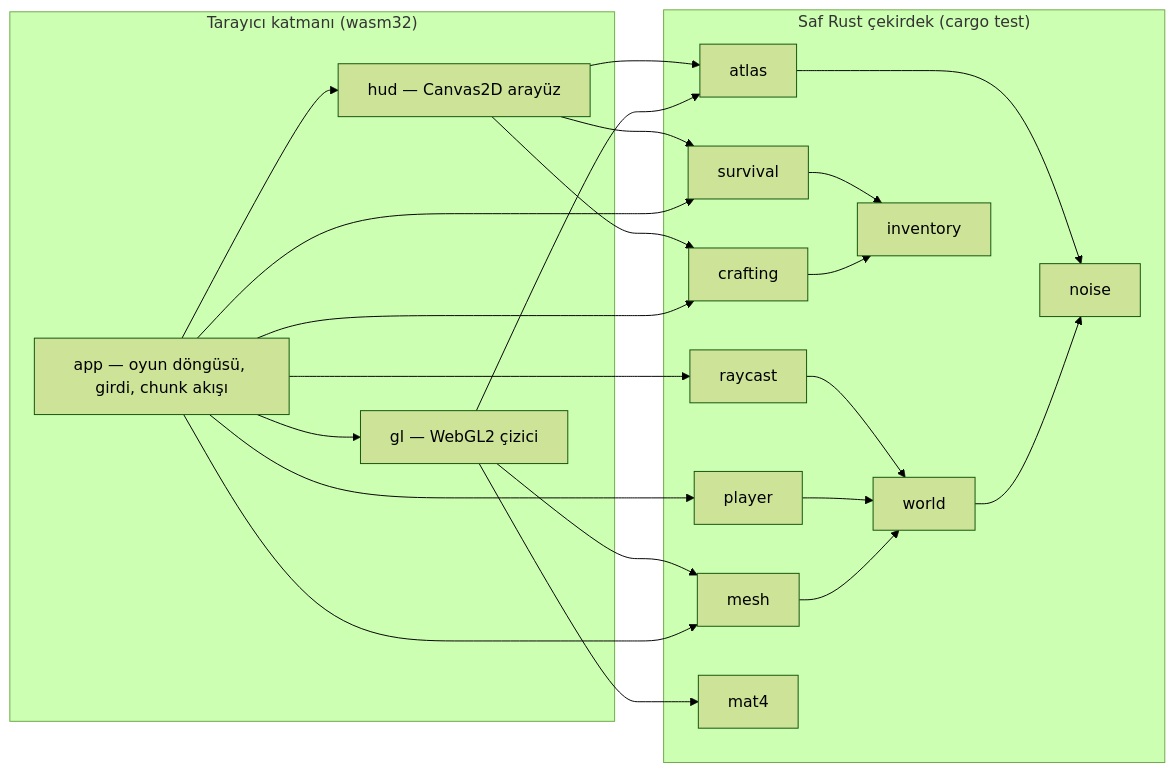
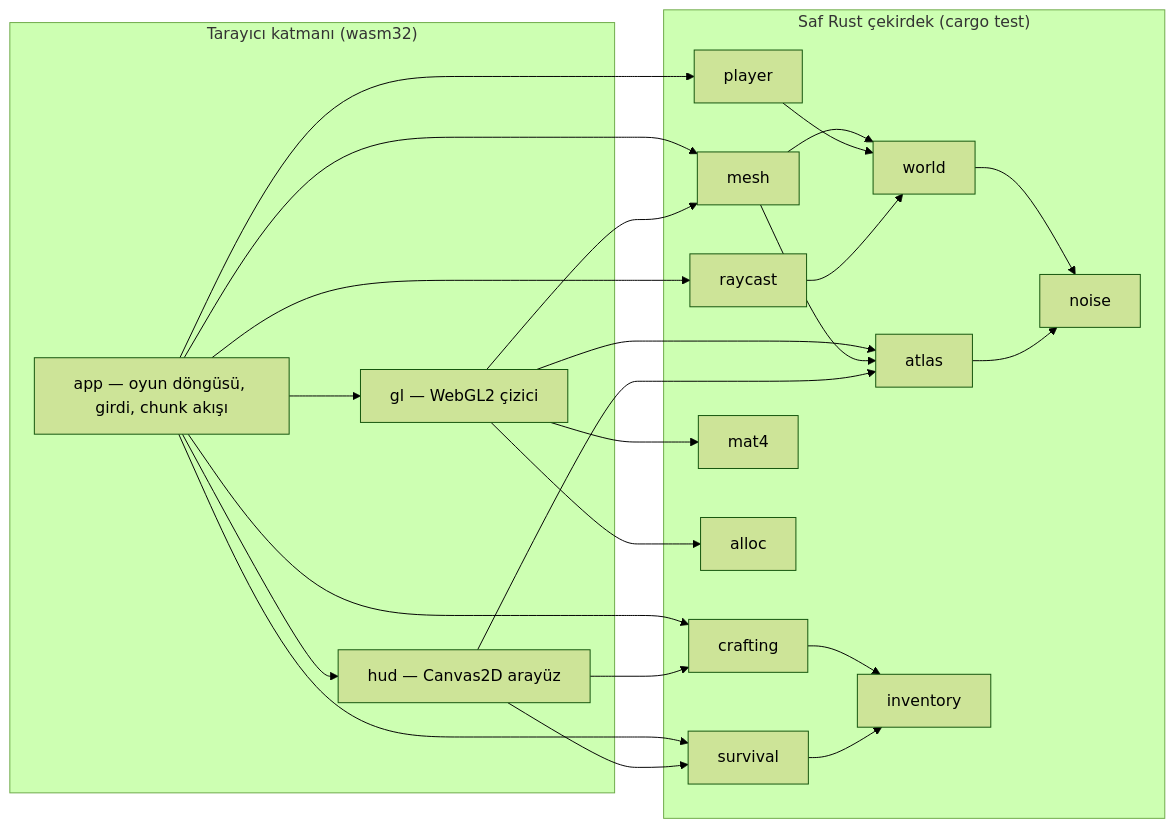
One commit to TAHAFURKANTOSUN/fictional-palm-tree changed the diagram in README.md. Above: the diagram before and after it, drawn with Mermaid (forest theme). The commit also changed other lines of this file and 8 other files, not shown here.

````diff
--- a/README.md
+++ b/README.md
@@ -166,40 +168,43 @@
 ```mermaid
 flowchart LR
     subgraph Tarayici["Tarayıcı katmanı (wasm32)"]
         app["app — oyun döngüsü, girdi, chunk akışı"]
         gl["gl — WebGL2 çizici"]
         hud["hud — Canvas2D arayüz"]
     end
     subgraph Cekirdek["Saf Rust çekirdek (cargo test)"]
         world["world"]
         noise["noise"]
         mesh["mesh"]
         atlas["atlas"]
         player["player"]
         raycast["raycast"]
         survival["survival"]
         inventory["inventory"]
         crafting["crafting"]
         mat4["mat4"]
+        alloc["alloc"]
     end
     app --> gl
     app --> hud
     app --> mesh
     app --> player
     app --> raycast
     app --> survival
     app --> crafting
     gl --> mesh
     gl --> atlas
     gl --> mat4
+    gl --> alloc
+    mesh --> atlas
     hud --> atlas
     hud --> crafting
     hud --> survival
     mesh --> world
     player --> world
     raycast --> world
     world --> noise
     atlas --> noise
     crafting --> inventory
     survival --> inventory
 ```
````
